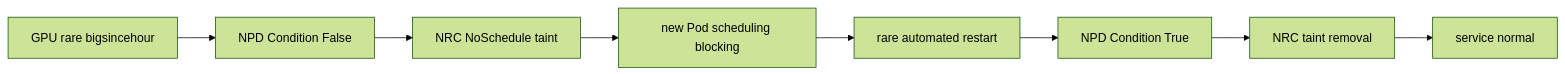
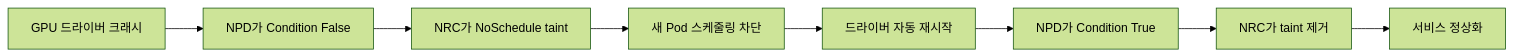
One commit to devfloor9/engineering-playbook changed the ninth of 13 diagrams in i18n/en/docusaurus-plugin-content-docs/current/aidlc/agentic-ops/aiops-predictive-operations.md. Above: the diagram before and after it, drawn with Mermaid (forest theme). The commit also changed other lines of this file and 95 other files, not shown here.

````diff
--- a/i18n/en/docusaurus-plugin-content-docs/current/aidlc/agentic-ops/aiops-predictive-operations.md
+++ b/i18n/en/docusaurus-plugin-content-docs/current/aidlc/agentic-ops/aiops-predictive-operations.md
@@ -2436,10 +2451,10 @@
 ```mermaid
 graph LR
-A[GPU rare bigsincehour] --> B[NPD Condition False]
-B --> C[NRC NoSchedule taint]
-C --> D[new Pod scheduling blocking]
-D --> E[rare automated restart]
-E --> F[NPD Condition True]
-F --> G[NRC taint removal]
-G --> H[service normal]
+ A[GPU 드라이버 크래시] --> B[NPD가 Condition False]
+ B --> C[NRC가 NoSchedule taint]
+ C --> D[새 Pod 스케줄링 차단]
+ D --> E[드라이버 자동 재시작]
+ E --> F[NPD가 Condition True]
+ F --> G[NRC가 taint 제거]
+ G --> H[서비스 정상화]
 ```
````
